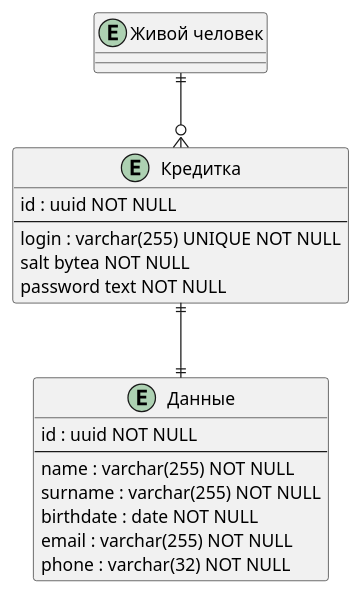
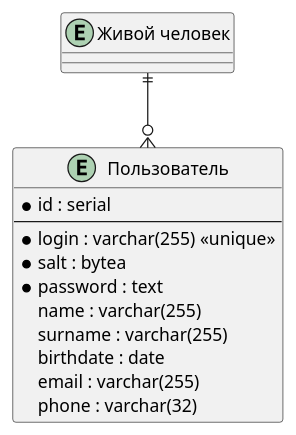
Before and after one commit to sermir2003/my-tiny-social-network: the diagram in docs/erd-main.plantuml, drawn with PlantUML. The commit also changed 4 other files, not shown here.

Commit message:
improved diagrams

```diff
--- a/docs/erd-main.plantuml
+++ b/docs/erd-main.plantuml
@@ -1,28 +1,22 @@
 @startuml erd-main
 
 skinparam linetype ortho
 
-entity "Живой человек" as human {}
+entity "Живой человек" as humans {}
 
-entity "Кредитка" as cred {
-    id : uuid NOT NULL
+entity "Пользователь" as users {
+    * id : serial
     --
-    login : varchar(255) UNIQUE NOT NULL
-    salt bytea NOT NULL
-    password text NOT NULL
+    * login : varchar(255) <<unique>>
+    * salt : bytea
+    * password : text
+    name : varchar(255)
+    surname : varchar(255)
+    birthdate : date
+    email : varchar(255)
+    phone : varchar(32)
 }
 
-entity "Данные" as data {
-    id : uuid NOT NULL
-    --
-    name : varchar(255) NOT NULL
-    surname : varchar(255) NOT NULL
-    birthdate : date NOT NULL
-    email : varchar(255) NOT NULL
-    phone : varchar(32) NOT NULL
-}
-
-human ||--o{ cred
-cred ||--|| data
+humans ||--o{ users
 
 @enduml
```
